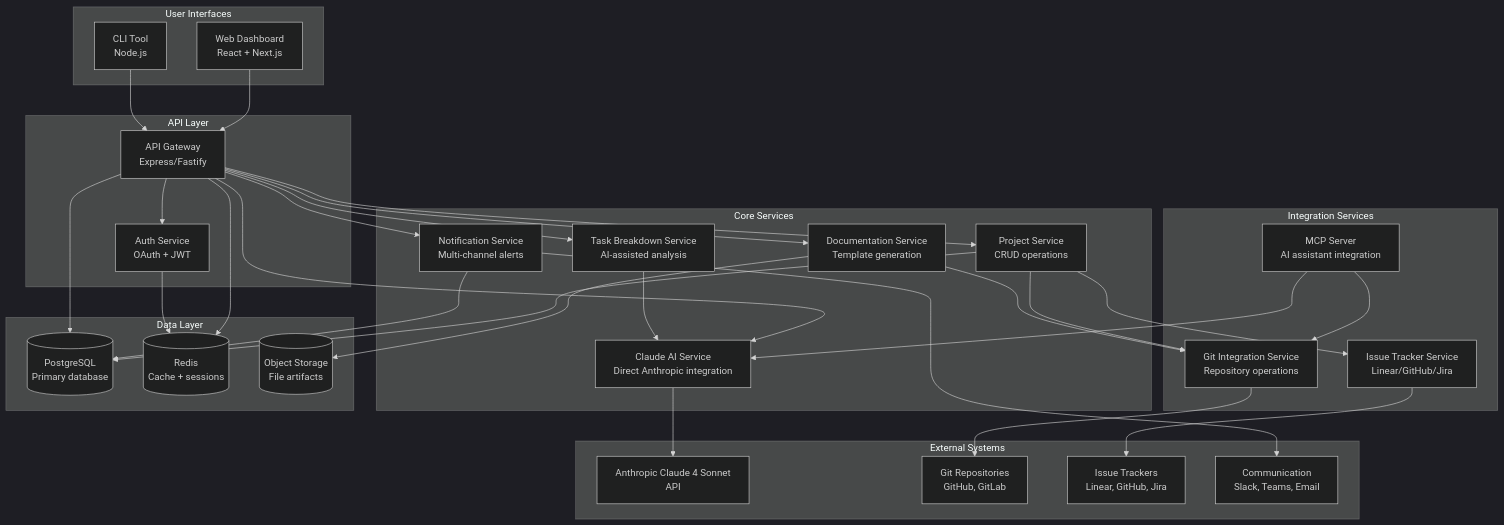
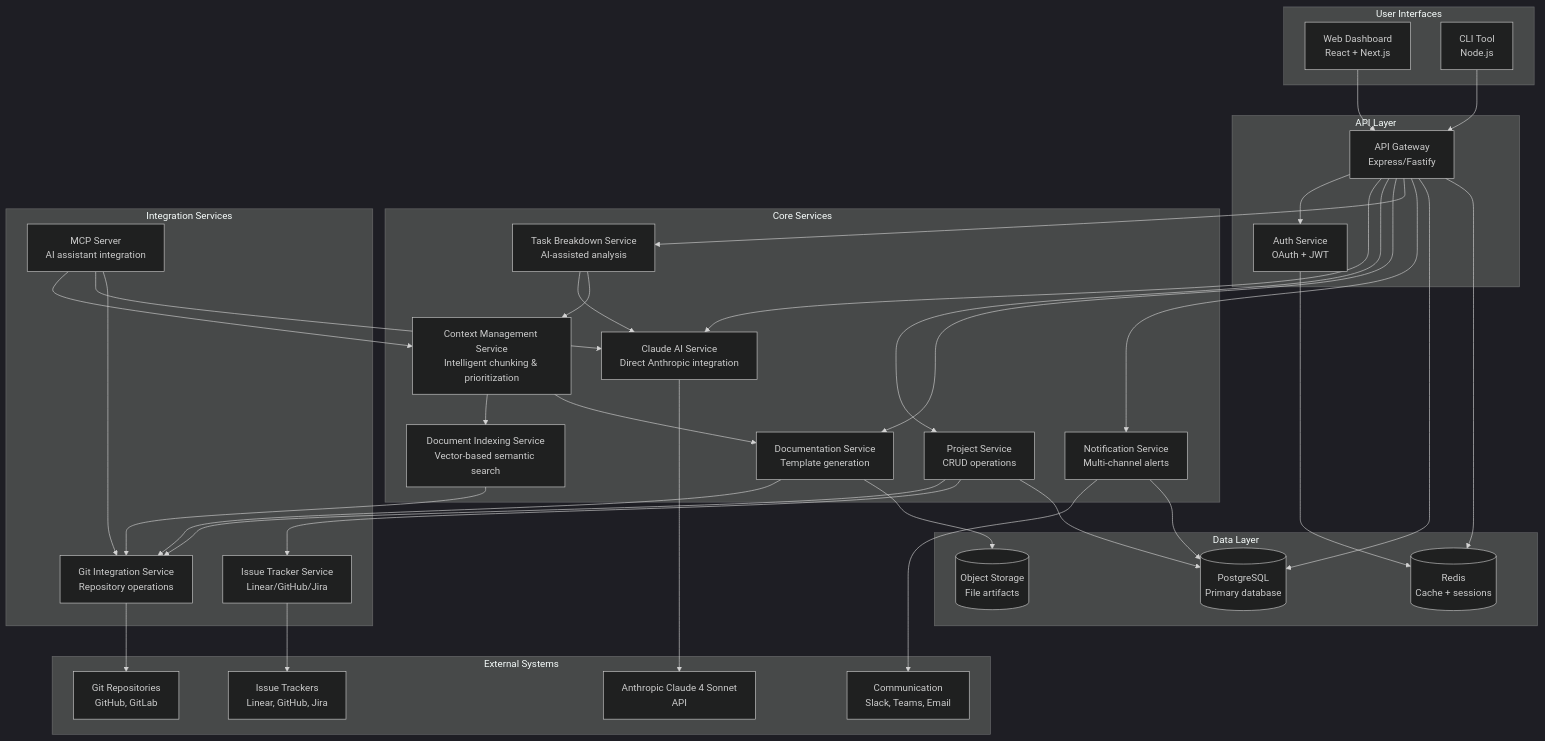
The first of 4 diagrams in docs/architecture/system-overview.md (spiralhouse/cycletime), drawn with Mermaid (dark theme) before and after one commit. The commit also changed other lines of this file and 2 other files, not shown here.

First line of the commit message:
docs: refine PRD with comprehensive context window management strategy

````diff
--- a/docs/architecture/system-overview.md
+++ b/docs/architecture/system-overview.md
@@ -18,73 +20,80 @@
 ```mermaid
 graph TB
     subgraph "User Interfaces"
         WEB[Web Dashboard<br/>React + Next.js]
         CLI[CLI Tool<br/>Node.js]
     end
     
     subgraph "API Layer"
         API[API Gateway<br/>Express/Fastify]
         AUTH[Auth Service<br/>OAuth + JWT]
     end
     
     subgraph "Core Services"
         CLAUDE[Claude AI Service<br/>Direct Anthropic integration]
+        CONTEXT[Context Management Service<br/>Intelligent chunking & prioritization]
+        SEARCH[Document Indexing Service<br/>Vector-based semantic search]
         PROJ[Project Service<br/>CRUD operations]
         DOC[Documentation Service<br/>Template generation]
         TASK[Task Breakdown Service<br/>AI-assisted analysis]
         NOTIF[Notification Service<br/>Multi-channel alerts]
     end
     
     subgraph "Integration Services"
         GIT[Git Integration Service<br/>Repository operations]
         ISSUE[Issue Tracker Service<br/>Linear/GitHub/Jira]
         MCP[MCP Server<br/>AI assistant integration]
     end
     
     subgraph "Data Layer"
         PG[(PostgreSQL<br/>Primary database)]
         REDIS[(Redis<br/>Cache + sessions)]
         S3[(Object Storage<br/>File artifacts)]
     end
     
     subgraph "External Systems"
         ANTHROPIC[Anthropic Claude 4 Sonnet<br/>API]
         REPOS[Git Repositories<br/>GitHub, GitLab]
         TRACKERS[Issue Trackers<br/>Linear, GitHub, Jira]
         COMM[Communication<br/>Slack, Teams, Email]
     end
     
     %% User Interface connections
     WEB --> API
     CLI --> API
     
     %% API Layer connections
     API --> AUTH
     API --> CLAUDE
     API --> PROJ
     API --> DOC
     API --> TASK
     API --> NOTIF
     
     %% Core Service connections
     CLAUDE --> ANTHROPIC
+    CONTEXT --> SEARCH
+    CONTEXT --> DOC
+    SEARCH --> GIT
     PROJ --> GIT
     PROJ --> ISSUE
     DOC --> GIT
     TASK --> CLAUDE
+    TASK --> CONTEXT
     NOTIF --> COMM
+    MCP --> CONTEXT
     
     %% Integration Service connections
     GIT --> REPOS
     ISSUE --> TRACKERS
     MCP --> CLAUDE
     MCP --> GIT
     
     %% Data Layer connections
     API --> PG
     API --> REDIS
     PROJ --> PG
     DOC --> S3
     AUTH --> REDIS
     NOTIF --> PG
 ```
````
